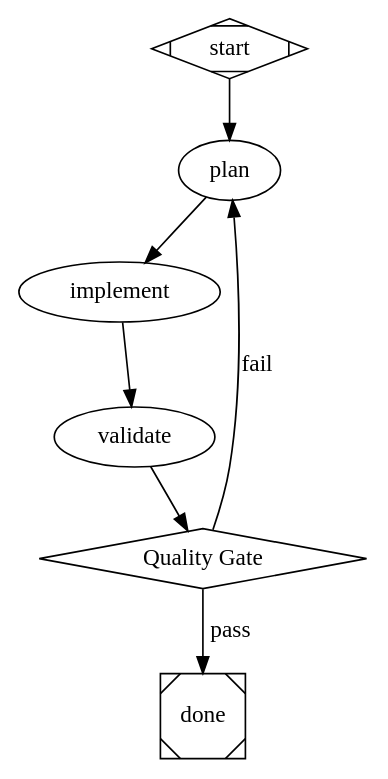
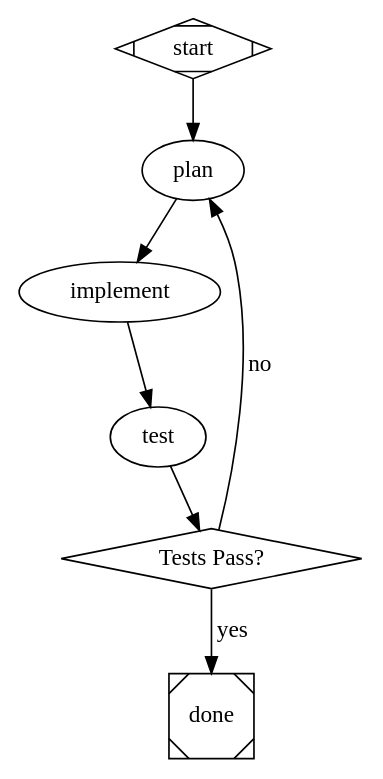
The third of 8 diagrams in README.md (bphansg/attractor), drawn with Graphviz before and after one commit. The commit also changed other lines of this file, not shown here.

````diff
--- a/README.md
+++ b/README.md
@@ -129,16 +73,16 @@
 ```dot
 digraph branch {
-  goal = "Implement a feature with validation gating"
+  goal = "Implement and validate a feature"
 
   start    [shape=Mdiamond]
-  plan     [prompt="Create an implementation plan for $goal"]
-  implement[prompt="Write the code according to the plan"]
-  validate [prompt="Run linting, type-checking, and tests"]
-  gate     [shape=diamond, label="Quality Gate"]
+  plan     [prompt="Create a plan for $goal"]
+  implement[prompt="Write the code"]
+  test     [prompt="Run linting, type-checking, and tests"]
+  gate     [shape=diamond, label="Tests Pass?"]
   done     [shape=Msquare]
 
-  start -> plan -> implement -> validate -> gate
-  gate -> done [label="pass", condition="outcome=success", weight=2]
-  gate -> plan [label="fail", condition="outcome!=success"]
+  start -> plan -> implement -> test -> gate
+  gate -> done [label="yes", condition="outcome=success", weight=2]
+  gate -> plan [label="no",  condition="outcome!=success"]
 }
 ```
````
